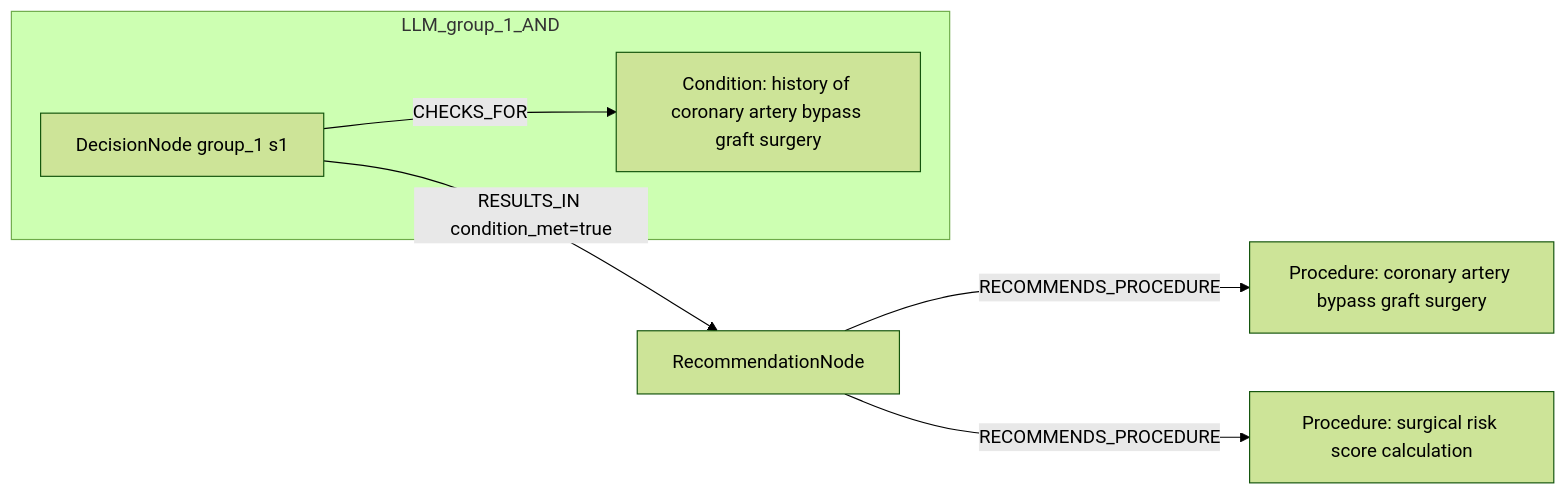
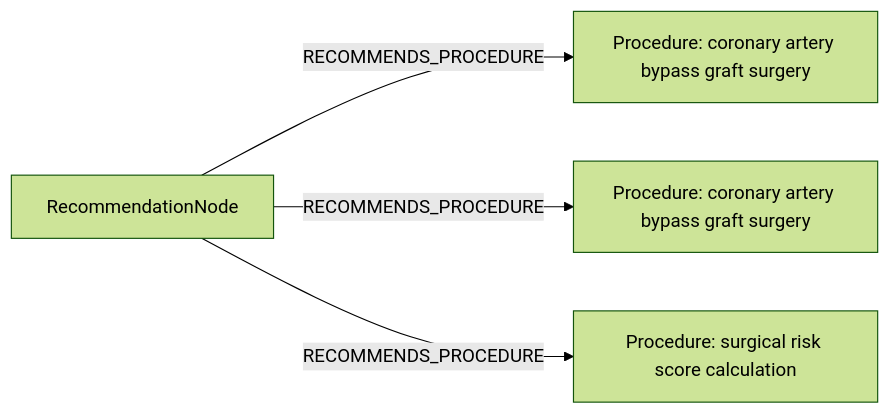
The second of 2 diagrams in docs/table22_rows_comparison/row_14.md (dieterich-lab/CardioGuidelinesGraph), drawn with Mermaid (forest theme) before and after one commit. The commit also changed other lines of this file and 20 other files, not shown here.

````diff
--- a/docs/table22_rows_comparison/row_14.md
+++ b/docs/table22_rows_comparison/row_14.md
@@ -208,14 +218,10 @@
 ```mermaid
 graph LR
   REC[RecommendationNode]
   ACT1[Procedure: coronary artery bypass graft surgery]
   REC -->|RECOMMENDS_PROCEDURE| ACT1
-  ACT2[Procedure: surgical risk score calculation]
+  ACT2[Procedure: coronary artery bypass graft surgery]
   REC -->|RECOMMENDS_PROCEDURE| ACT2
-  subgraph LLM_group_1_AND
-    D_group_1_1[DecisionNode group_1 s1]
-    C_group_1_1[Condition: history of coronary artery bypass graft surgery]
-    D_group_1_1 -->|CHECKS_FOR| C_group_1_1
-  end
-  D_group_1_1 -->|RESULTS_IN condition_met=true| REC
+  ACT3[Procedure: surgical risk score calculation]
+  REC -->|RECOMMENDS_PROCEDURE| ACT3
 ```
````
